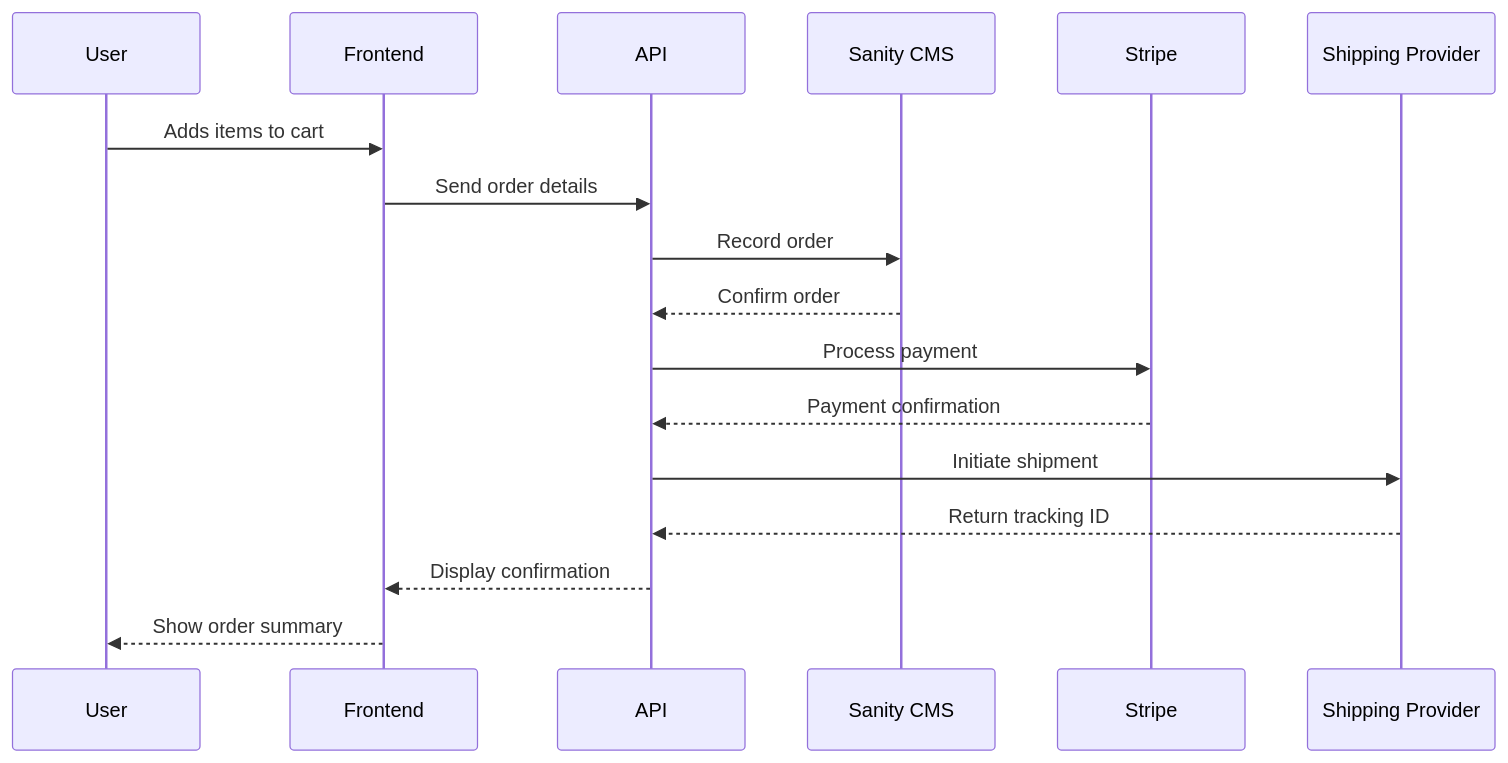
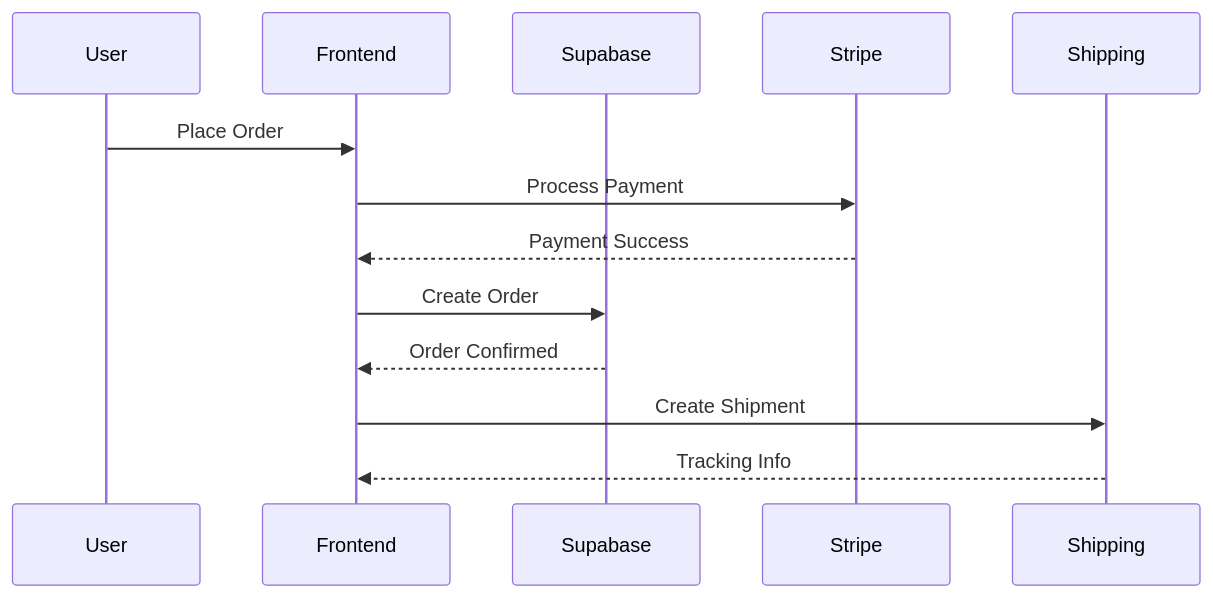
One commit to Zain-Ul-Abideen00/premium-lifestyle-footwear-marketplace changed the fourth of 4 diagrams in Day2/Detailed Documentation/02-System_Architecture.md. Above: the diagram before and after it, drawn with Mermaid. The commit also changed other lines of this file and 21 other files, not shown here.

````diff
--- a/Day2/Detailed Documentation/02-System_Architecture.md
+++ b/Day2/Detailed Documentation/02-System_Architecture.md
@@ -101,20 +168,16 @@
-   ```mermaid
-   sequenceDiagram
-       participant U as User
-       participant F as Frontend
-       participant A as API
-       participant S as Sanity CMS
-       participant STRIPE as Stripe
-       participant SHIP as Shipping Provider
+```mermaid
+sequenceDiagram
+    participant User
+    participant Frontend
+    participant Supabase
+    participant Stripe
+    participant Shipping
 
-       U->>F: Adds items to cart
-       F->>A: Send order details
-       A->>S: Record order
-       S-->>A: Confirm order
-       A->>STRIPE: Process payment
-       STRIPE-->>A: Payment confirmation
-       A->>SHIP: Initiate shipment
-       SHIP-->>A: Return tracking ID
-       A-->>F: Display confirmation
-       F-->>U: Show order summary
-   ```
+    User->>Frontend: Place Order
+    Frontend->>Stripe: Process Payment
+    Stripe-->>Frontend: Payment Success
+    Frontend->>Supabase: Create Order
+    Supabase-->>Frontend: Order Confirmed
+    Frontend->>Shipping: Create Shipment
+    Shipping-->>Frontend: Tracking Info
+```
````
